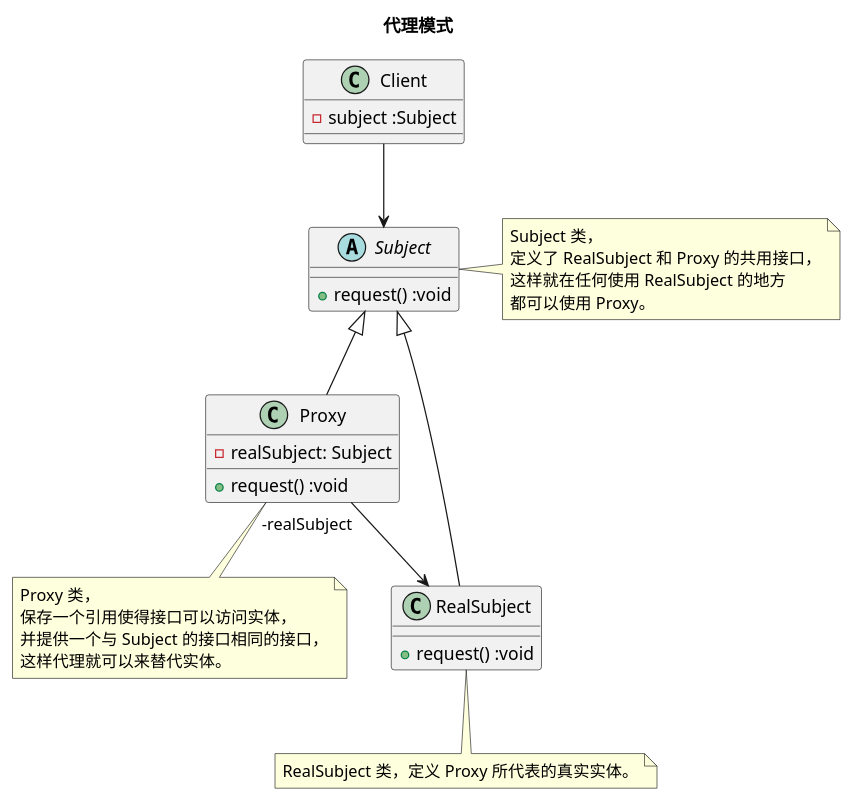
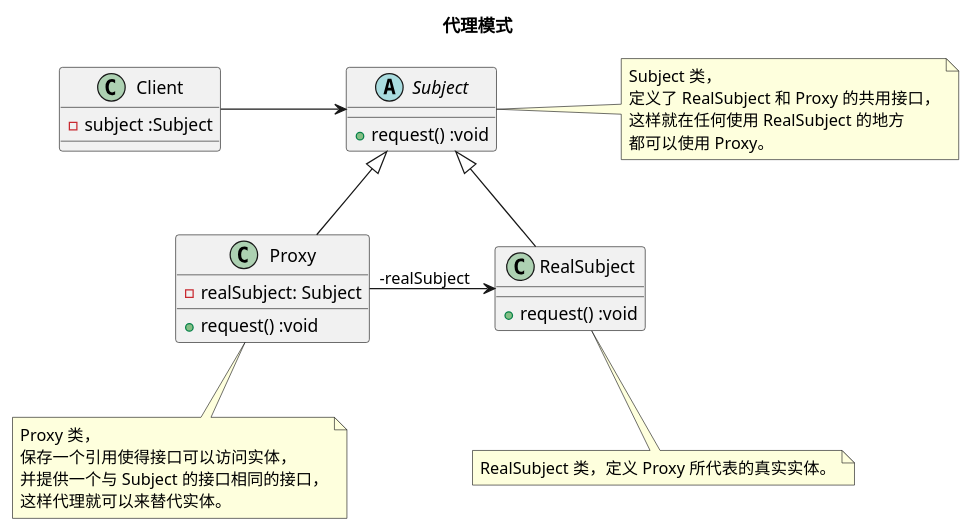
Before and after one commit to diguage/deep-in-design-patterns: the diagram in puml/proxy.puml, drawn with PlantUML. The commit also changed 9 other files, not shown here.

```diff
--- a/puml/proxy.puml
+++ b/puml/proxy.puml
@@ -1,30 +1,32 @@
 @startuml
+skinparam nodesep 100
+'skinparam ranksep 60
 
 title <b>代理模式</b>
 
 class Client {
   - subject :Subject
 }
 
 abstract class Subject {
   + request() :void
 }
 note right: Subject 类，\n定义了 RealSubject 和 Proxy 的共用接口，\n这样就在任何使用 RealSubject 的地方\n都可以使用 Proxy。
 
 class Proxy {
   - realSubject: Subject
   + request() :void
 }
 note bottom: Proxy 类，\n保存一个引用使得接口可以访问实体，\n并提供一个与 Subject 的接口相同的接口，\n这样代理就可以来替代实体。
 
 class RealSubject {
   + request() :void
 }
 note bottom: RealSubject 类，定义 Proxy 所代表的真实实体。
 
-Client --> Subject
+Client -right-> Subject
 Subject <|-- Proxy
 Subject <|-- RealSubject
-Proxy "-realSubject" --> RealSubject
+Proxy "-realSubject" -right-> RealSubject
 
 @enduml
```
